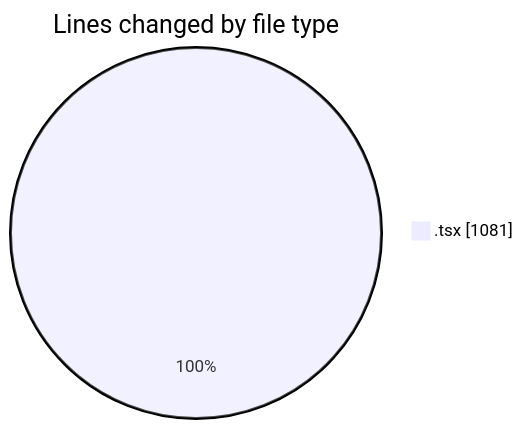
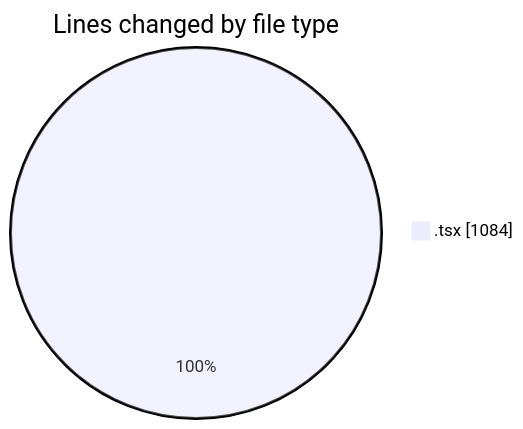
One commit to nxtqubesakshisongat/code-tracking changed the first of 2 diagrams in 2026-05-19/nxtqube_webapp/README.md. Above: the diagram before and after it, drawn with Mermaid. The commit also changed other lines of this file and 1 other file, not shown here.

````diff
--- a/2026-05-19/nxtqube_webapp/README.md
+++ b/2026-05-19/nxtqube_webapp/README.md
@@ -25,5 +25,5 @@
 ```mermaid
 pie showData
 title Lines changed by file type
-".tsx" : 1081
+".tsx" : 1084
 ```
````
